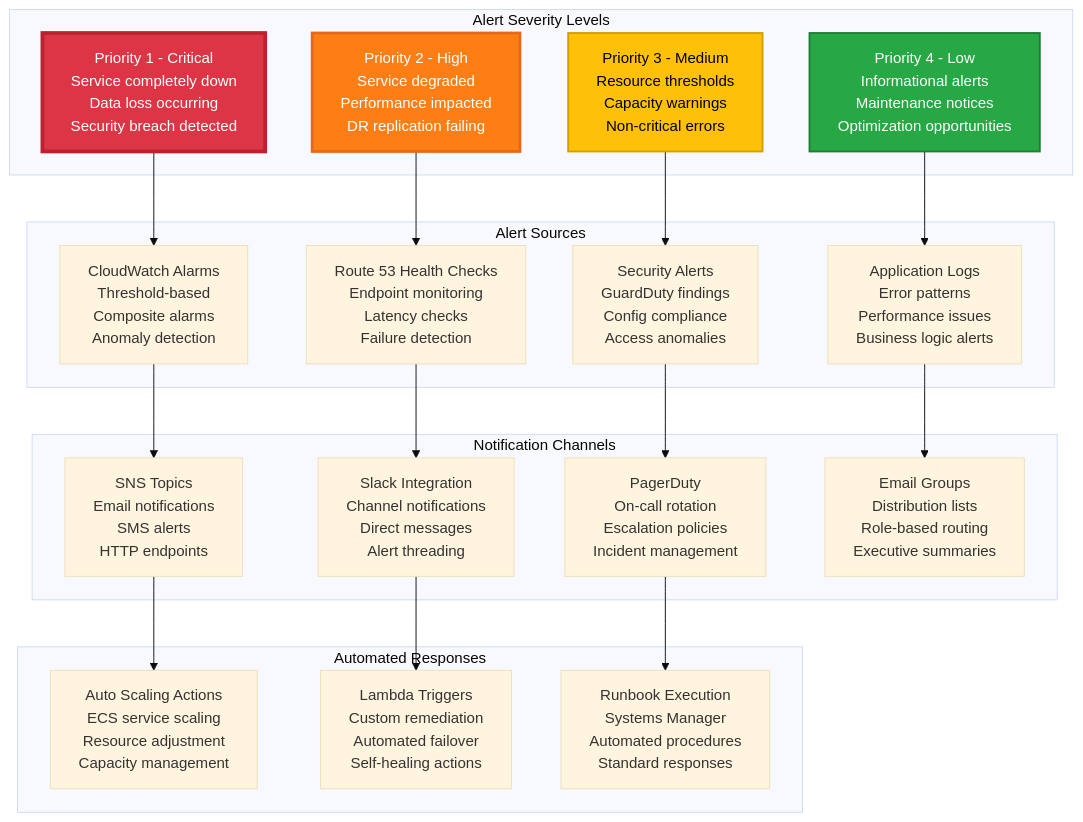
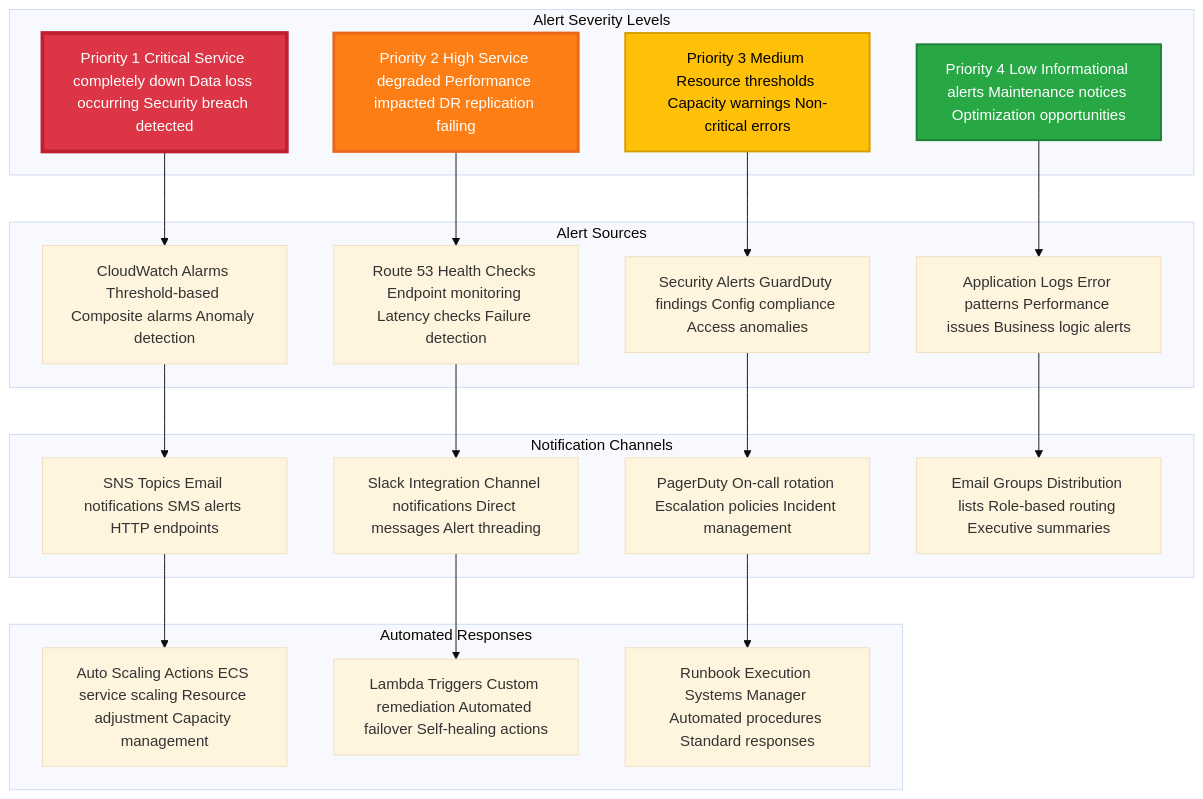
One commit to mangucletus/disaster-recovery-for-containerized-lamp-stack-application changed diagram 11 of 20 in README.md. Above: the diagram before and after it, drawn with Mermaid (base theme). The commit also changed other lines of this file, not shown here.

````diff
--- a/README.md
+++ b/README.md
@@ -827,48 +827,48 @@
 ```mermaid
 graph TD
     subgraph "Alert Severity Levels"
-        P1[Priority 1 - Critical<br/>Service completely down<br/>Data loss occurring<br/>Security breach detected]
-        P2[Priority 2 - High<br/>Service degraded<br/>Performance impacted<br/>DR replication failing]
-        P3[Priority 3 - Medium<br/>Resource thresholds<br/>Capacity warnings<br/>Non-critical errors]
-        P4[Priority 4 - Low<br/>Informational alerts<br/>Maintenance notices<br/>Optimization opportunities]
+        P1[Priority 1 Critical Service completely down Data loss occurring Security breach detected]
+        P2[Priority 2 High Service degraded Performance impacted DR replication failing]
+        P3[Priority 3 Medium Resource thresholds Capacity warnings Non-critical errors]
+        P4[Priority 4 Low Informational alerts Maintenance notices Optimization opportunities]
     end
     
     subgraph "Alert Sources"
-        CloudWatchAlarms[CloudWatch Alarms<br/>Threshold-based<br/>Composite alarms<br/>Anomaly detection]
-        HealthChecks[Route 53 Health Checks<br/>Endpoint monitoring<br/>Latency checks<br/>Failure detection]
-        SecurityAlerts[Security Alerts<br/>GuardDuty findings<br/>Config compliance<br/>Access anomalies]
-        ApplicationLogs[Application Logs<br/>Error patterns<br/>Performance issues<br/>Business logic alerts]
+        CloudWatchAlarms[CloudWatch Alarms Threshold-based Composite alarms Anomaly detection]
+        HealthChecks[Route 53 Health Checks Endpoint monitoring Latency checks Failure detection]
+        SecurityAlerts[Security Alerts GuardDuty findings Config compliance Access anomalies]
+        ApplicationLogs[Application Logs Error patterns Performance issues Business logic alerts]
     end
     
     subgraph "Notification Channels"
-        SNSTopic[SNS Topics<br/>Email notifications<br/>SMS alerts<br/>HTTP endpoints]
-        SlackIntegration[Slack Integration<br/>Channel notifications<br/>Direct messages<br/>Alert threading]
-        PagerDuty[PagerDuty<br/>On-call rotation<br/>Escalation policies<br/>Incident management]
-        EmailGroups[Email Groups<br/>Distribution lists<br/>Role-based routing<br/>Executive summaries]
+        SNSTopic[SNS Topics Email notifications SMS alerts HTTP endpoints]
+        SlackIntegration[Slack Integration Channel notifications Direct messages Alert threading]
+        PagerDuty[PagerDuty On-call rotation Escalation policies Incident management]
+        EmailGroups[Email Groups Distribution lists Role-based routing Executive summaries]
     end
     
     subgraph "Automated Responses"
-        AutoScaling[Auto Scaling Actions<br/>ECS service scaling<br/>Resource adjustment<br/>Capacity management]
-        LambdaTriggers[Lambda Triggers<br/>Custom remediation<br/>Automated failover<br/>Self-healing actions]
-        RunbookExecution[Runbook Execution<br/>Systems Manager<br/>Automated procedures<br/>Standard responses]
+        AutoScaling[Auto Scaling Actions ECS service scaling Resource adjustment Capacity management]
+        LambdaTriggers[Lambda Triggers Custom remediation Automated failover Self-healing actions]
+        RunbookExecution[Runbook Execution Systems Manager Automated procedures Standard responses]
     end
     
     P1 --> CloudWatchAlarms
     P2 --> HealthChecks
     P3 --> SecurityAlerts
     P4 --> ApplicationLogs
     
     CloudWatchAlarms --> SNSTopic
     HealthChecks --> SlackIntegration
     SecurityAlerts --> PagerDuty
     ApplicationLogs --> EmailGroups
     
     SNSTopic --> AutoScaling
     SlackIntegration --> LambdaTriggers
     PagerDuty --> RunbookExecution
     
     style P1 fill:#dc3545,color:#ffffff,stroke:#bd2130,stroke-width:4px
     style P2 fill:#fd7e14,color:#ffffff,stroke:#e8681a,stroke-width:3px
     style P3 fill:#ffc107,color:#000000,stroke:#d39e00,stroke-width:2px
     style P4 fill:#28a745,color:#ffffff,stroke:#1e7e34,stroke-width:2px
 ```
````
